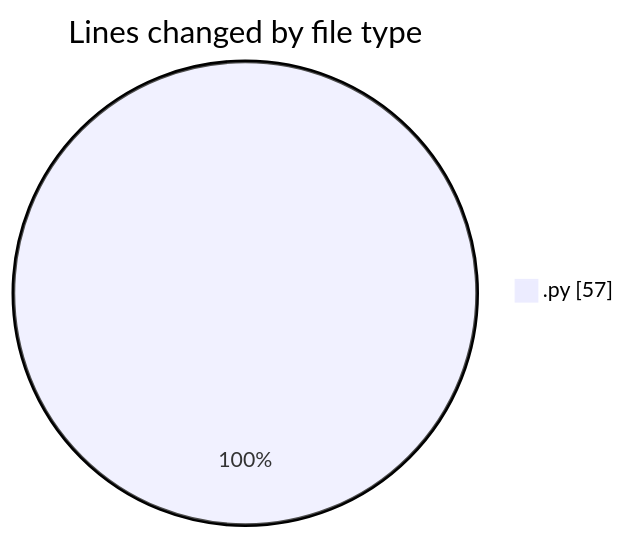
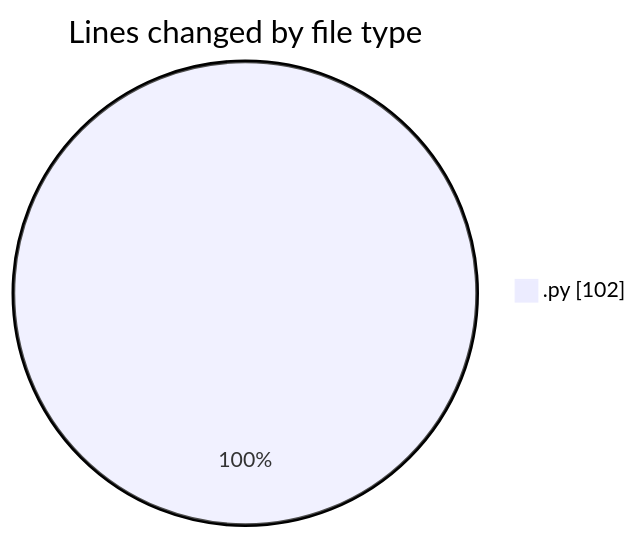
Before and after one commit to hasnaa123/code-tracking: the first of 2 diagrams in 2026-02-21/student_performance_system/README.md, drawn with Mermaid. The commit also changed other lines of this file and 1 other file, not shown here.

````diff
--- a/2026-02-21/student_performance_system/README.md
+++ b/2026-02-21/student_performance_system/README.md
@@ -20,5 +20,5 @@
 ```mermaid
 pie showData
 title Lines changed by file type
-".py" : 57
+".py" : 102
 ```
````
